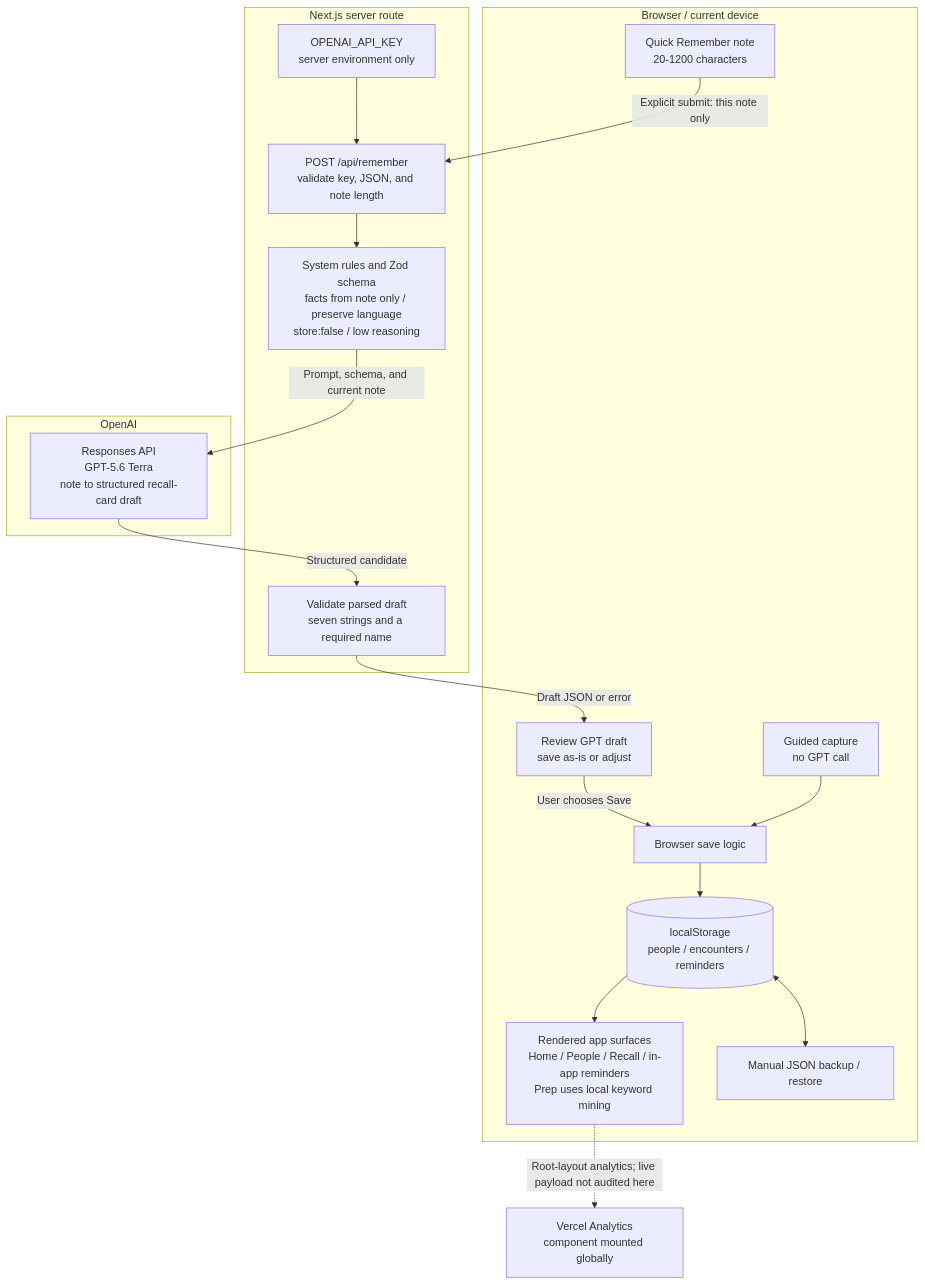
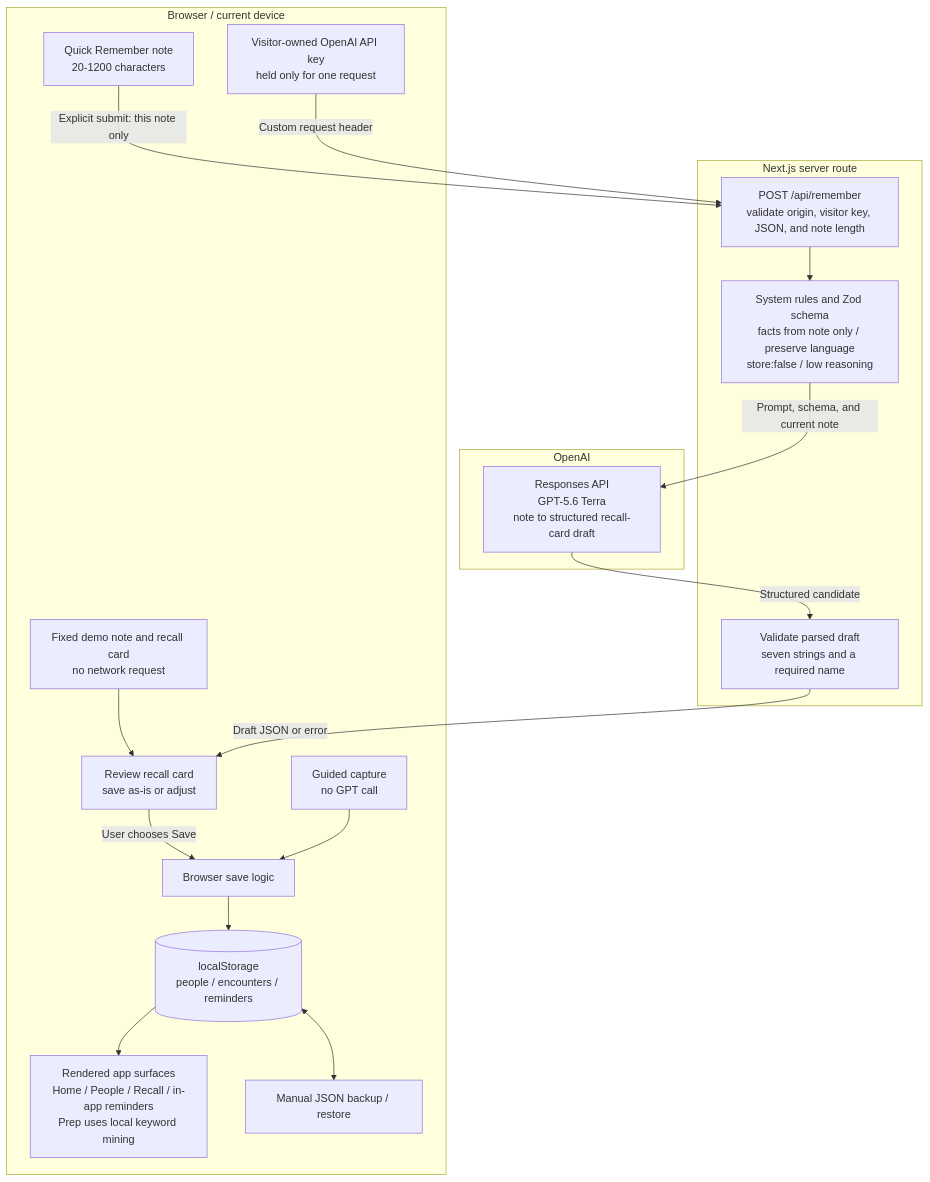
One commit to HuiYingChung/re-hello changed the second of 2 diagrams in README.md. Above: the diagram before and after it, drawn with Mermaid. The commit also changed other lines of this file and 18 other files, not shown here.

Commit message:
feat: add zero-api demo and BYOK flow

````diff
--- a/README.md
+++ b/README.md
@@ -151,38 +156,37 @@
 ```mermaid
 flowchart TD
   subgraph browser["Browser / current device"]
     Q["Quick Remember note<br/>20-1200 characters"]
+    K["Visitor-owned OpenAI API key<br/>held only for one request"]
+    D["Fixed demo note and recall card<br/>no network request"]
     G["Guided capture<br/>no GPT call"]
-    R["Review GPT draft<br/>save as-is or adjust"]
+    R["Review recall card<br/>save as-is or adjust"]
     S["Browser save logic"]
     L[("localStorage<br/>people / encounters / reminders")]
     F["Rendered app surfaces<br/>Home / People / Recall / in-app reminders<br/>Prep uses local keyword mining"]
     B["Manual JSON backup / restore"]
   end
 
   subgraph server["Next.js server route"]
-    K["OPENAI_API_KEY<br/>server environment only"]
-    A["POST /api/remember<br/>validate key, JSON, and note length"]
+    A["POST /api/remember<br/>validate origin, visitor key, JSON, and note length"]
     P["System rules and Zod schema<br/>facts from note only / preserve language<br/>store:false / low reasoning"]
     V["Validate parsed draft<br/>seven strings and a required name"]
   end
 
   subgraph openai["OpenAI"]
     M["Responses API<br/>GPT-5.6 Terra<br/>note to structured recall-card draft"]
   end
 
-  T["Vercel Analytics<br/>component mounted globally"]
-
+  D --> R
   Q -->|"Explicit submit: this note only"| A
-  K --> A
+  K -->|"Custom request header"| A
   A --> P
   P -->|"Prompt, schema, and current note"| M
   M -->|"Structured candidate"| V
   V -->|"Draft JSON or error"| R
   R -->|"User chooses Save"| S
   G --> S
   S --> L
   L --> F
   L <--> B
-  F -.->|"Root-layout analytics; live payload not audited here"| T
 ```
````
